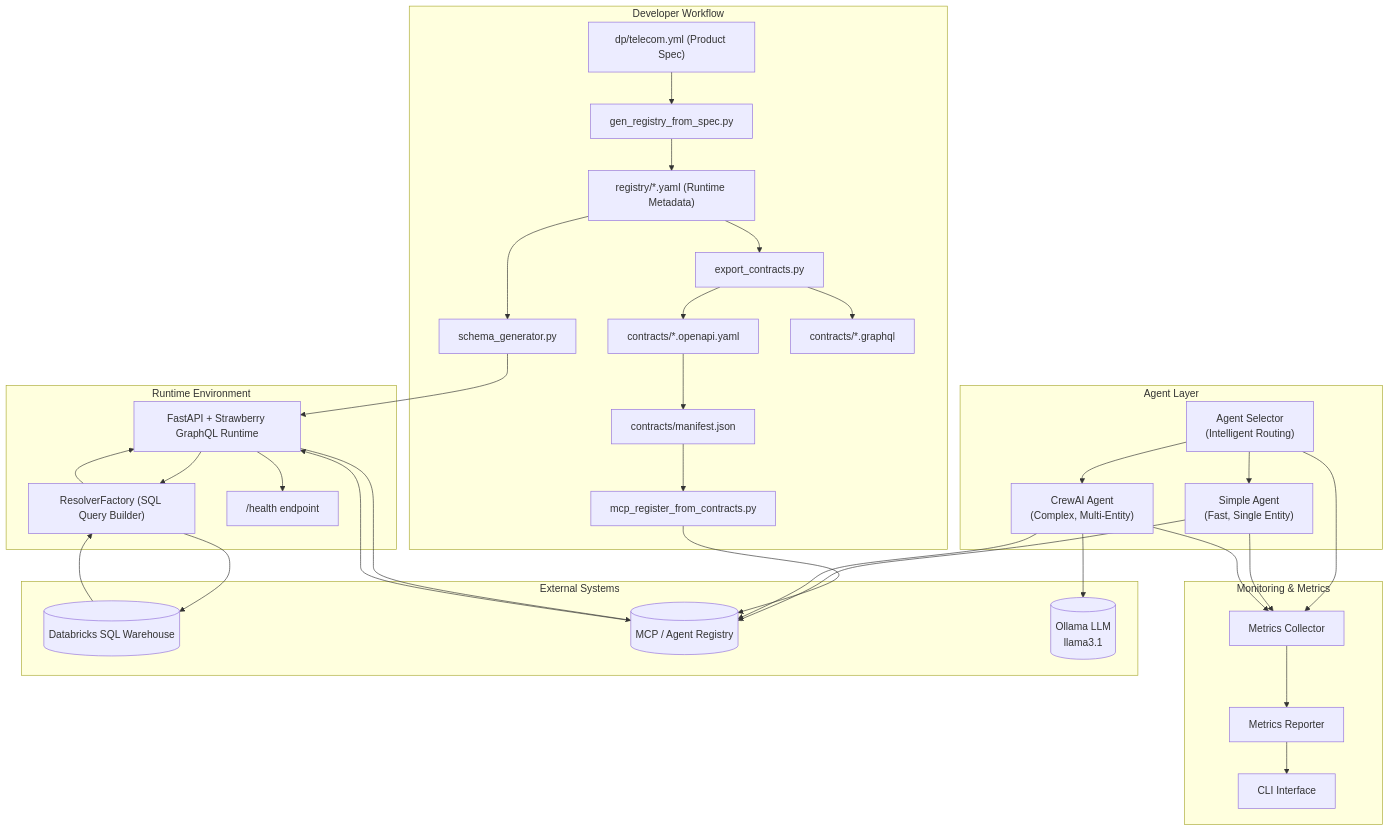
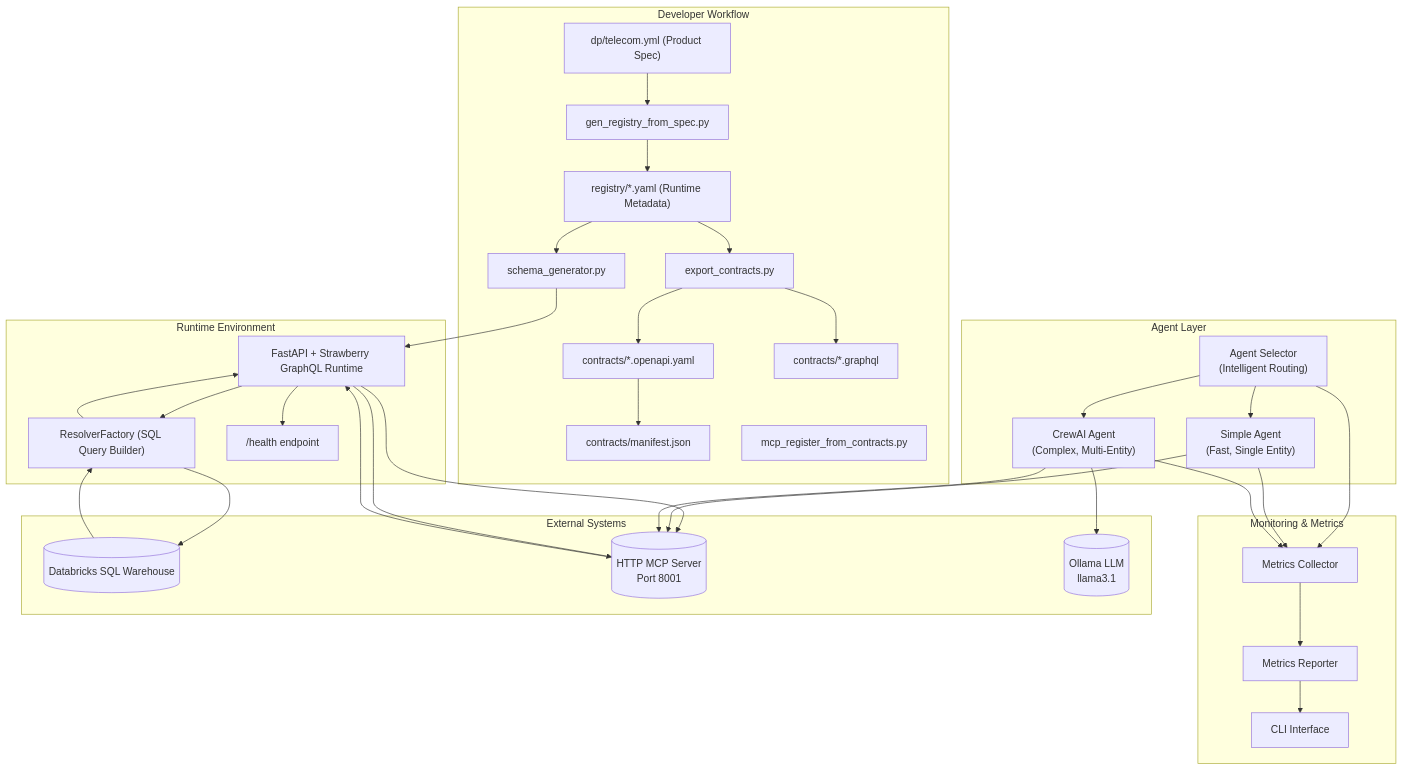
One commit to pmsrao/io-telco changed the second of 2 diagrams in docs/architecture_and_dataflow.md. Above: the diagram before and after it, drawn with Mermaid. The commit also changed other lines of this file and 1 other file, not shown here.

First line of the commit message:
docs: Update architecture documentation to reflect HTTP MCP auto-discovery

````diff
--- a/docs/architecture_and_dataflow.md
+++ b/docs/architecture_and_dataflow.md
@@ -72,59 +77,60 @@
 ```mermaid
 flowchart TD
   subgraph Dev["Developer Workflow"]
     Spec["dp/telecom.yml (Product Spec)"]
     Gen["gen_registry_from_spec.py"]
     Reg["registry/*.yaml (Runtime Metadata)"]
     SG["schema_generator.py"]
     Exp["export_contracts.py"]
     OAS["contracts/*.openapi.yaml"]
     SDL["contracts/*.graphql"]
     Man["contracts/manifest.json"]
     RegScript["mcp_register_from_contracts.py"]
   end
 
   subgraph Runtime["Runtime Environment"]
     API["FastAPI + Strawberry GraphQL Runtime"]
     RF["ResolverFactory (SQL Query Builder)"]
     Health["/health endpoint"]
   end
 
   subgraph AgentLayer["Agent Layer"]
     AS["Agent Selector<br/>(Intelligent Routing)"]
     SA["Simple Agent<br/>(Fast, Single Entity)"]
     CA["CrewAI Agent<br/>(Complex, Multi-Entity)"]
   end
 
   subgraph Monitoring["Monitoring & Metrics"]
     MC["Metrics Collector"]
     MR["Metrics Reporter"]
     CLI["CLI Interface"]
   end
 
   subgraph Infra["External Systems"]
     DB[(Databricks SQL Warehouse)]
-    MCP[(MCP / Agent Registry)]
+    MCP[(HTTP MCP Server<br/>Port 8001)]
     Ollama[(Ollama LLM<br/>llama3.1)]
   end
 
   Spec --> Gen --> Reg --> SG --> API
   Reg --> Exp --> SDL
-  Exp --> OAS --> Man --> RegScript --> MCP
+  Exp --> OAS --> Man
   API --> RF --> DB
   API --> Health
+  API --> MCP
   
   AS --> SA
   AS --> CA
   SA --> MCP
   CA --> MCP
   CA --> Ollama
   
   MCP --> API
   DB --> RF --> API --> MCP
   
   AS --> MC
   SA --> MC
   CA --> MC
   MC --> MR
   MR --> CLI
 ```
````
